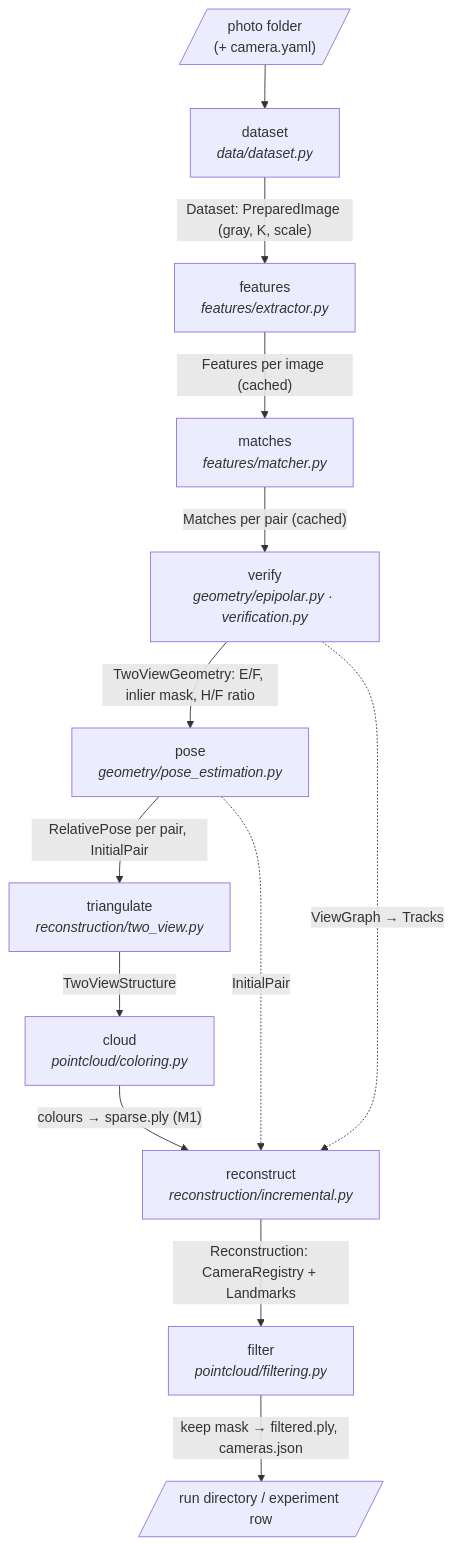
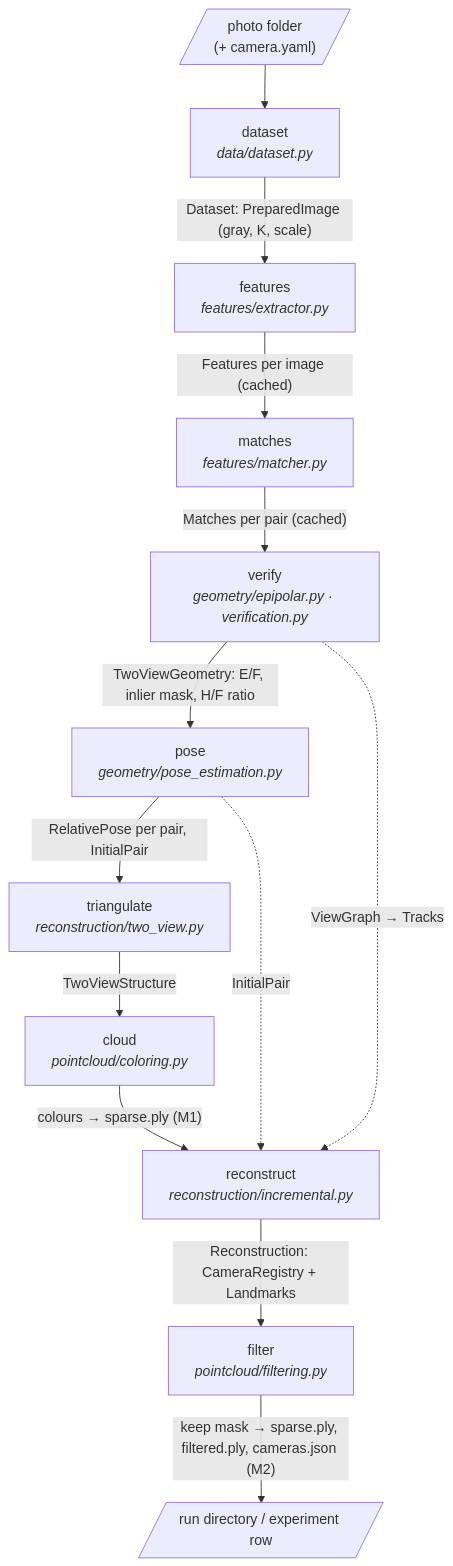
One commit to AggimallaAbhishek/Multi-View-3D-Reconstruction changed the first of 2 diagrams in docs/architecture.md. Above: the diagram before and after it, drawn with Mermaid. The commit also changed other lines of this file and 16 other files, not shown here.

````diff
--- a/docs/architecture.md
+++ b/docs/architecture.md
@@ -9,15 +9,15 @@
 ```mermaid
 flowchart TD
     IMG[/"photo folder<br/>(+ camera.yaml)"/] --> DS["dataset<br/><i>data/dataset.py</i>"]
     DS -->|"Dataset: PreparedImage (gray, K, scale)"| FE["features<br/><i>features/extractor.py</i>"]
     FE -->|"Features per image (cached)"| MA["matches<br/><i>features/matcher.py</i>"]
     MA -->|"Matches per pair (cached)"| VE["verify<br/><i>geometry/epipolar.py · verification.py</i>"]
     VE -->|"TwoViewGeometry: E/F, inlier mask, H/F ratio"| PO["pose<br/><i>geometry/pose_estimation.py</i>"]
     PO -->|"RelativePose per pair, InitialPair"| TR["triangulate<br/><i>reconstruction/two_view.py</i>"]
     TR -->|"TwoViewStructure"| CL["cloud<br/><i>pointcloud/coloring.py</i>"]
     CL -->|"colours → sparse.ply (M1)"| RE["reconstruct<br/><i>reconstruction/incremental.py</i>"]
     VE -.->|"ViewGraph → Tracks"| RE
     PO -.->|"InitialPair"| RE
     RE -->|"Reconstruction: CameraRegistry + Landmarks"| FI["filter<br/><i>pointcloud/filtering.py</i>"]
-    FI -->|"keep mask → filtered.ply, cameras.json"| OUT[/"run directory / experiment row"/]
+    FI -->|"keep mask → sparse.ply, filtered.ply, cameras.json (M2)"| OUT[/"run directory / experiment row"/]
 ```
````
